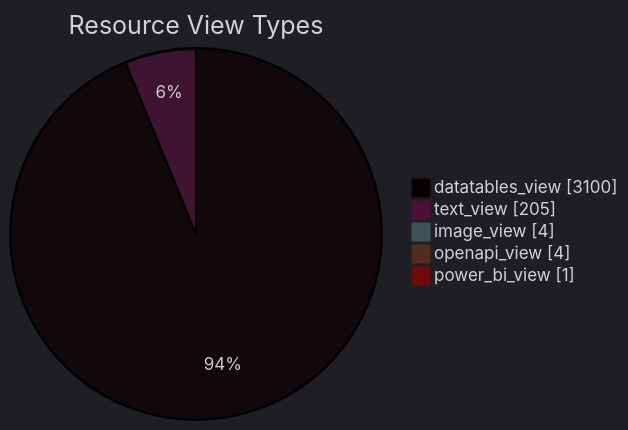
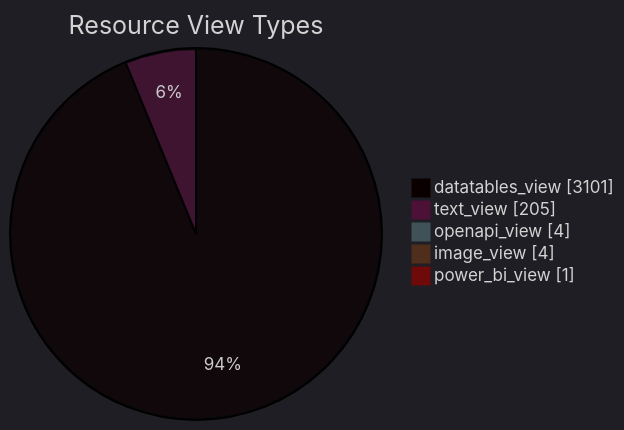
Before and after one commit to open-data/analytics-corporate-reporting: the diagram in datastore_tracker/resource_view_types_pie_chart.md, drawn with Mermaid. The commit also changed 9 other files, not shown here.

````diff
--- a/datastore_tracker/resource_view_types_pie_chart.md
+++ b/datastore_tracker/resource_view_types_pie_chart.md
@@ -2,12 +2,12 @@
 ```mermaid
 ---
 config:
   theme: dark
 ---
 pie showData title Resource View Types
-    "datatables_view": 3100
+    "datatables_view": 3101
     "text_view": 205
+    "openapi_view": 4
     "image_view": 4
-    "openapi_view": 4
     "power_bi_view": 1
 ```
````
